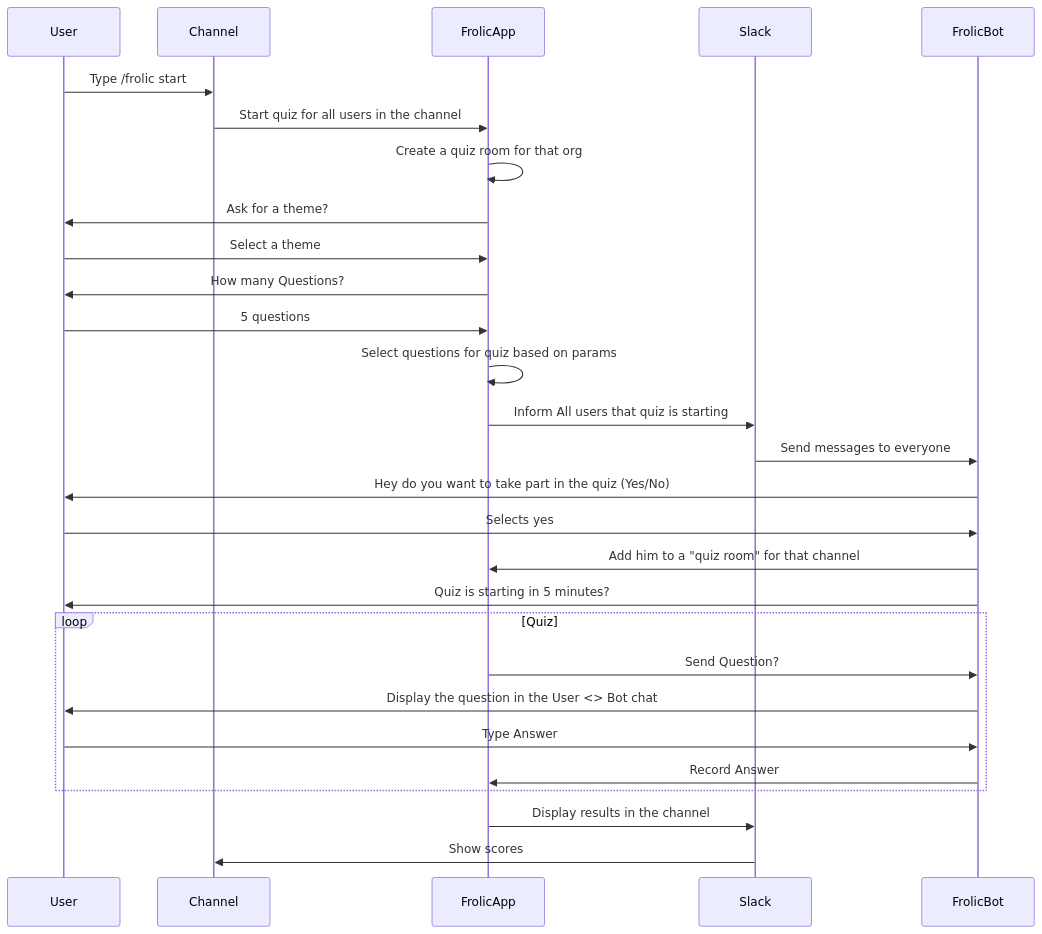
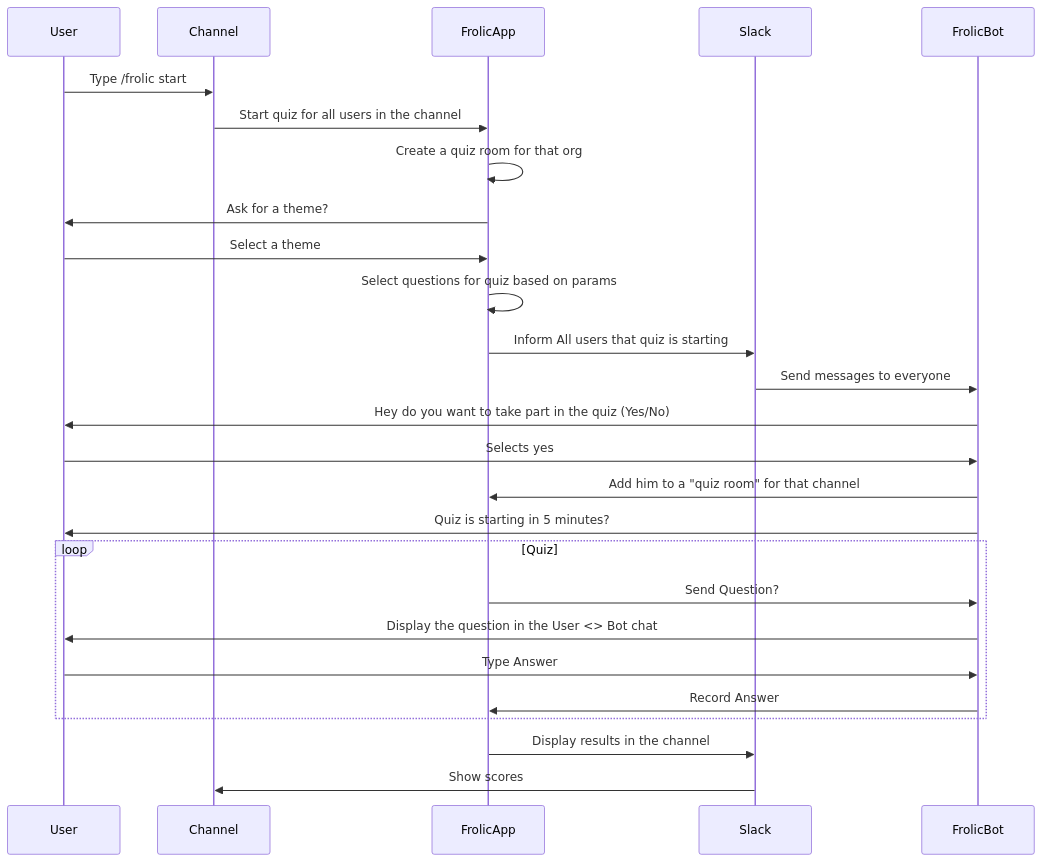
One commit to jartek/frolic changed the diagram in README.md. Above: the diagram before and after it, drawn with Mermaid. The commit also changed 1 other file, not shown here.

````diff
--- a/README.md
+++ b/README.md
@@ -3,25 +3,23 @@
 ```mermaid
 sequenceDiagram
     User ->> Channel: Type /frolic start
     Channel ->> FrolicApp: Start quiz for all users in the channel
     FrolicApp ->> FrolicApp: Create a quiz room for that org
     FrolicApp ->> User: Ask for a theme?
     User ->> FrolicApp: Select a theme
-    FrolicApp ->> User: How many Questions?
-    User ->> FrolicApp: 5 questions
     FrolicApp ->> FrolicApp: Select questions for quiz based on params
     FrolicApp ->> Slack: Inform All users that quiz is starting
     Slack ->> FrolicBot: Send messages to everyone
     FrolicBot ->> User: Hey do you want to take part in the quiz (Yes/No)
     User ->> FrolicBot: Selects yes
     FrolicBot ->> FrolicApp: Add him to a "quiz room" for that channel
     FrolicBot ->> User: Quiz is starting in 5 minutes?
     loop Quiz
       FrolicApp ->> FrolicBot: Send Question?
       FrolicBot ->> User: Display the question in the User <> Bot chat
       User ->> FrolicBot: Type Answer
       FrolicBot ->> FrolicApp: Record Answer
     end
     FrolicApp ->> Slack: Display results in the channel
     Slack ->> Channel: Show scores
 ```
````
